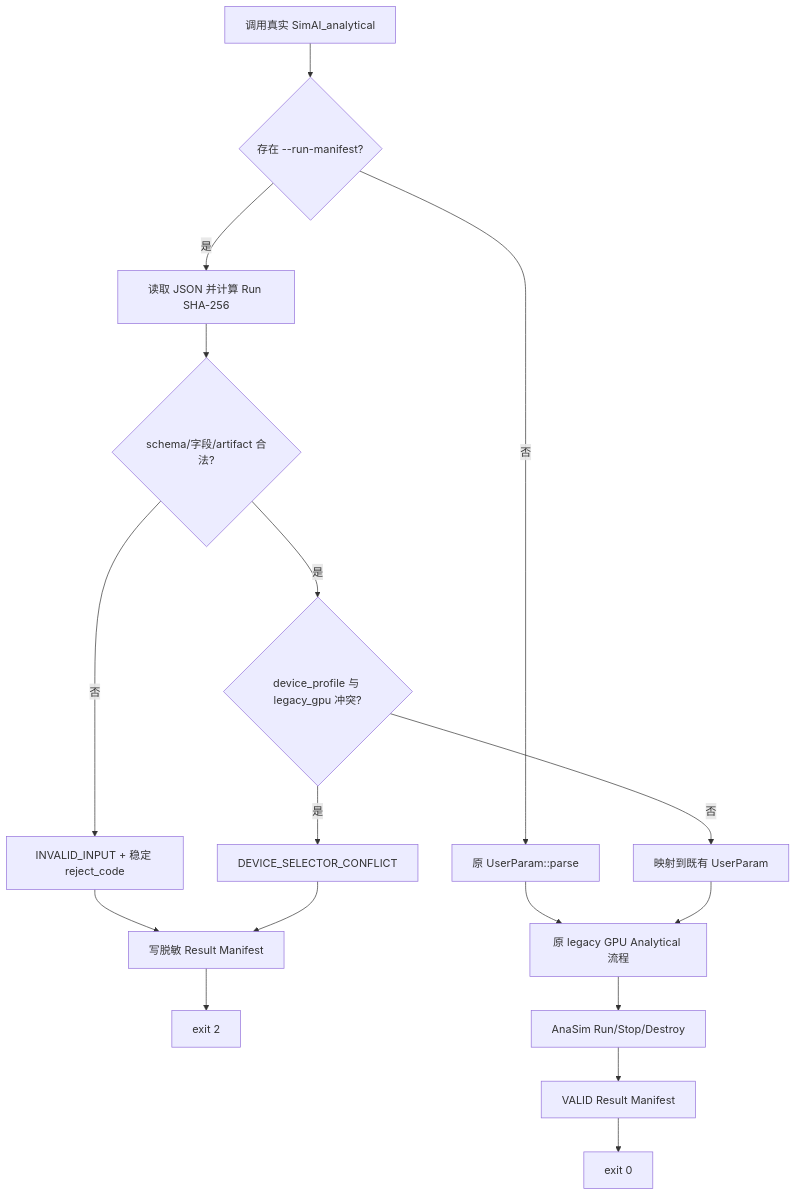
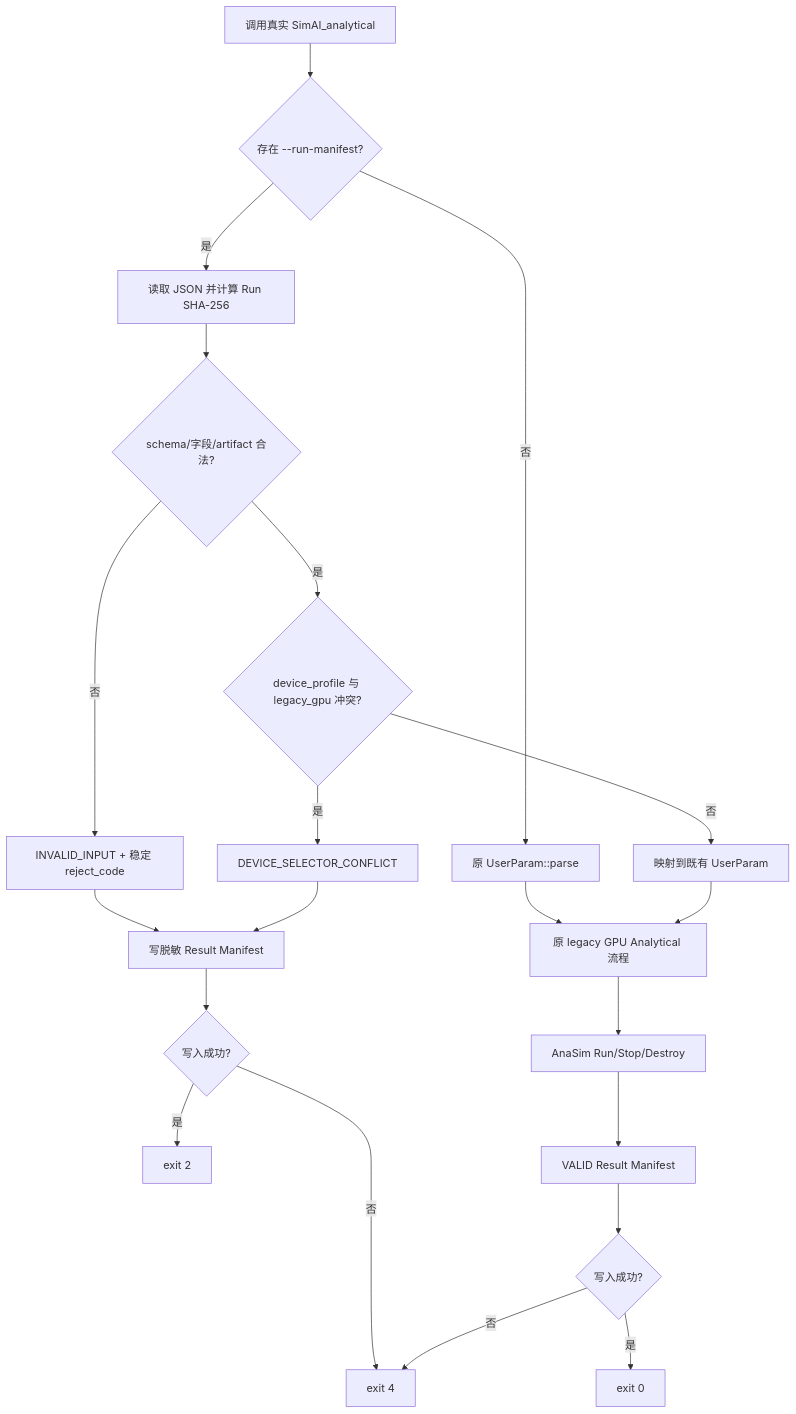
Before and after one commit to Kirrito-k423/SimAI-Ascend: the first of 2 diagrams in docs/design/issue-16-design.md, drawn with Mermaid. The commit also changed other lines of this file and 4 other files, not shown here.

````diff
--- a/docs/design/issue-16-design.md
+++ b/docs/design/issue-16-design.md
@@ -36,19 +36,23 @@
 ```mermaid
 flowchart TD
     A["调用真实 SimAI_analytical"] --> B{"存在 --run-manifest?"}
     B -- "否" --> C["原 UserParam::parse"]
     C --> D["原 legacy GPU Analytical 流程"]
     B -- "是" --> E["读取 JSON 并计算 Run SHA-256"]
     E --> F{"schema/字段/artifact 合法?"}
     F -- "否" --> G["INVALID_INPUT + 稳定 reject_code"]
     G --> H["写脱敏 Result Manifest"]
-    H --> I["exit 2"]
+    H --> I{"写入成功?"}
+    I -- "是" --> I2["exit 2"]
+    I -- "否" --> I4["exit 4"]
     F -- "是" --> J{"device_profile 与 legacy_gpu 冲突?"}
     J -- "是" --> K["DEVICE_SELECTOR_CONFLICT"]
     K --> H
     J -- "否" --> L["映射到既有 UserParam"]
     L --> D
     D --> M["AnaSim Run/Stop/Destroy"]
     M --> N["VALID Result Manifest"]
-    N --> O["exit 0"]
+    N --> P{"写入成功?"}
+    P -- "是" --> O["exit 0"]
+    P -- "否" --> I4
 ```
````
